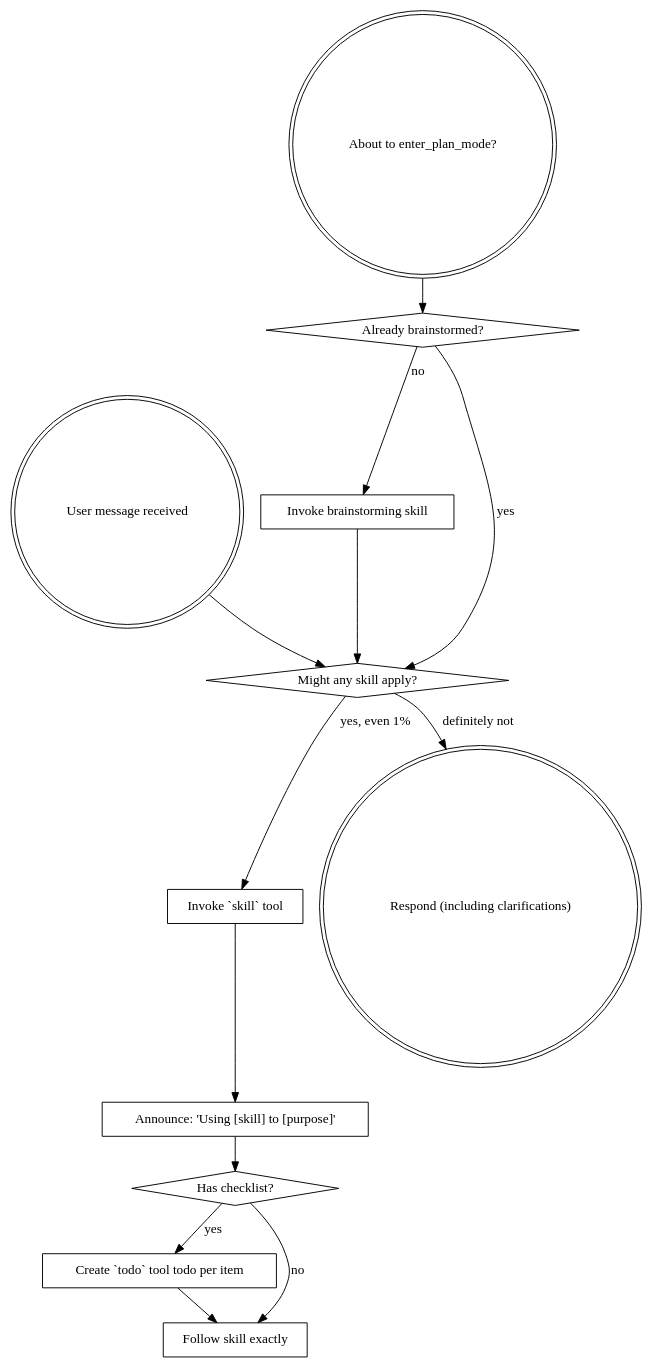
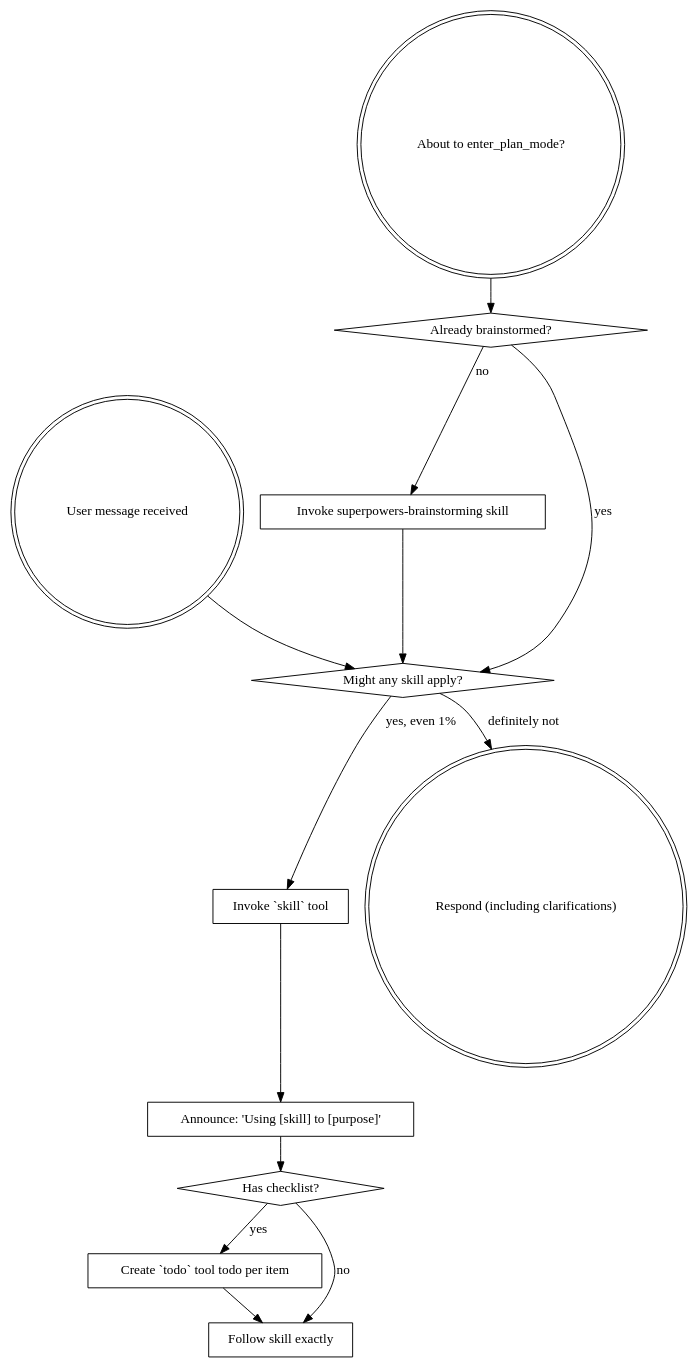
Before and after one commit to zdy1995love/mistral-vibe: the diagram in vibe/core/skills/builtins/superpowers/skills/using-superpowers/SKILL.md, drawn with Graphviz. The commit also changed other lines of this file and 17 other files, not shown here.

First line of the commit message:
refactor(superpowers): namespace skill names with superpowers- prefix

````diff
--- a/vibe/core/skills/builtins/superpowers/skills/using-superpowers/SKILL.md
+++ b/vibe/core/skills/builtins/superpowers/skills/using-superpowers/SKILL.md
@@ -44,29 +44,29 @@
 ```dot
 digraph skill_flow {
     "User message received" [shape=doublecircle];
     "About to enter_plan_mode?" [shape=doublecircle];
     "Already brainstormed?" [shape=diamond];
-    "Invoke brainstorming skill" [shape=box];
+    "Invoke superpowers-brainstorming skill" [shape=box];
     "Might any skill apply?" [shape=diamond];
     "Invoke `skill` tool" [shape=box];
     "Announce: 'Using [skill] to [purpose]'" [shape=box];
     "Has checklist?" [shape=diamond];
     "Create `todo` tool todo per item" [shape=box];
     "Follow skill exactly" [shape=box];
     "Respond (including clarifications)" [shape=doublecircle];
 
     "About to enter_plan_mode?" -> "Already brainstormed?";
-    "Already brainstormed?" -> "Invoke brainstorming skill" [label="no"];
+    "Already brainstormed?" -> "Invoke superpowers-brainstorming skill" [label="no"];
     "Already brainstormed?" -> "Might any skill apply?" [label="yes"];
-    "Invoke brainstorming skill" -> "Might any skill apply?";
+    "Invoke superpowers-brainstorming skill" -> "Might any skill apply?";
 
     "User message received" -> "Might any skill apply?";
     "Might any skill apply?" -> "Invoke `skill` tool" [label="yes, even 1%"];
     "Might any skill apply?" -> "Respond (including clarifications)" [label="definitely not"];
     "Invoke `skill` tool" -> "Announce: 'Using [skill] to [purpose]'";
     "Announce: 'Using [skill] to [purpose]'" -> "Has checklist?";
     "Has checklist?" -> "Create `todo` tool todo per item" [label="yes"];
     "Has checklist?" -> "Follow skill exactly" [label="no"];
     "Create `todo` tool todo per item" -> "Follow skill exactly";
 }
 ```
````
